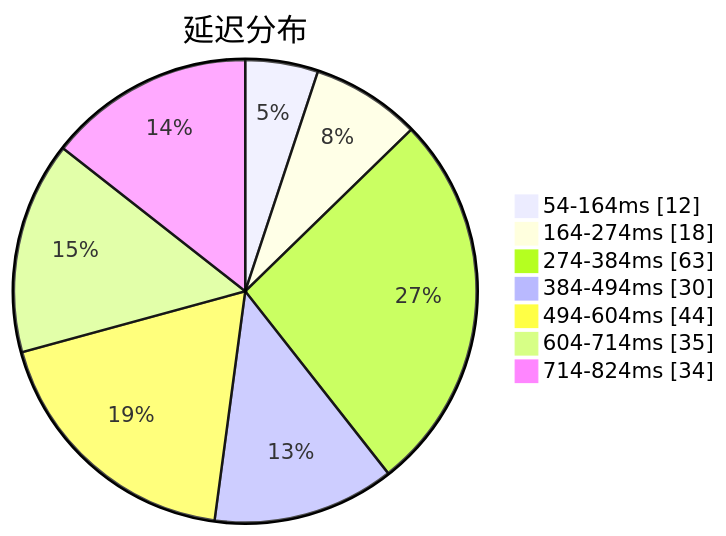
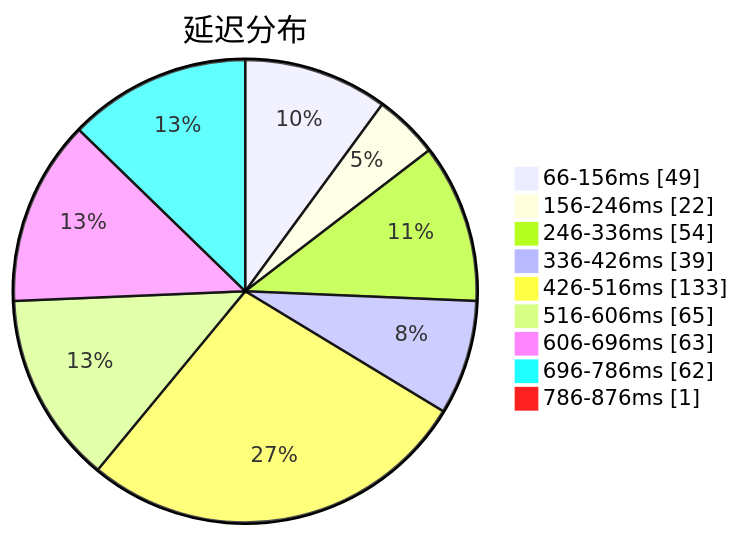
Before and after one commit to sinspired/airport: the first of 3 diagrams in subs/statistics/tested_within.md, drawn with Mermaid. The commit also changed other lines of this file and 2 other files, not shown here.

````diff
--- a/subs/statistics/tested_within.md
+++ b/subs/statistics/tested_within.md
@@ -2,11 +2,13 @@
 ```mermaid
 pie showData
 title 延迟分布
-"54-164ms" : 12
-"164-274ms" : 18
-"274-384ms" : 63
-"384-494ms" : 30
-"494-604ms" : 44
-"604-714ms" : 35
-"714-824ms" : 34
+"66-156ms" : 49
+"156-246ms" : 22
+"246-336ms" : 54
+"336-426ms" : 39
+"426-516ms" : 133
+"516-606ms" : 65
+"606-696ms" : 63
+"696-786ms" : 62
+"786-876ms" : 1
 ```
````
